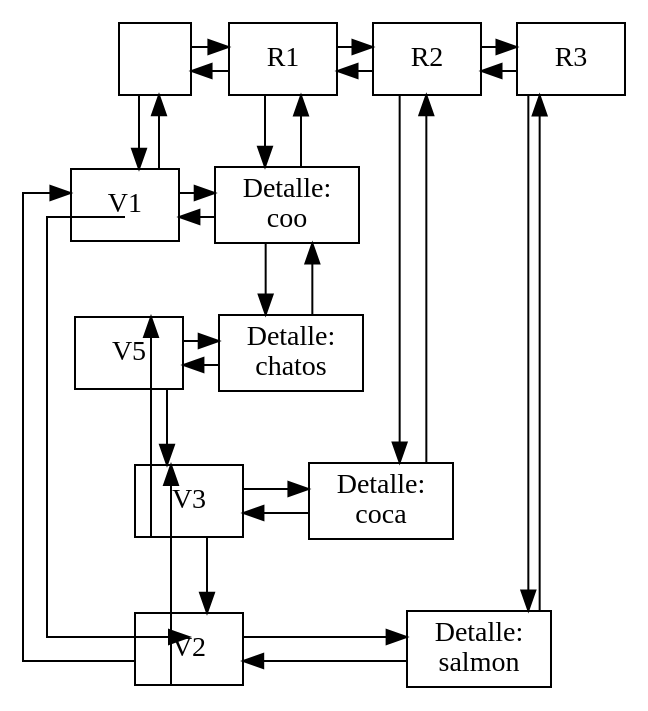
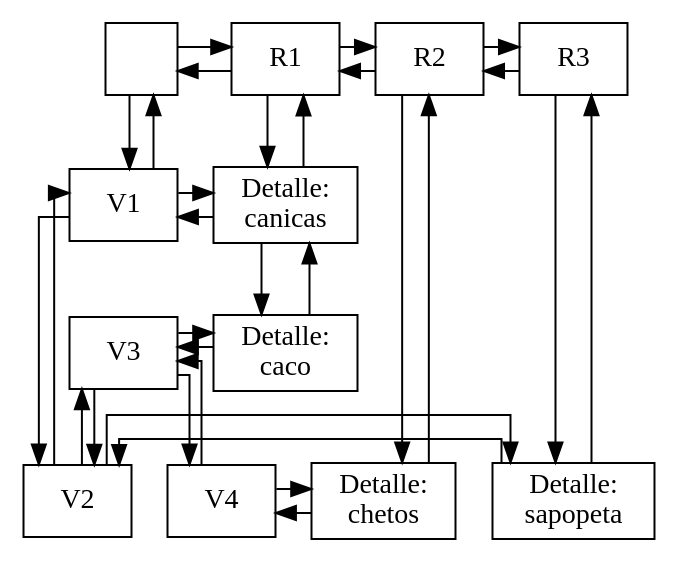
The diagram in Fase#1/Graficas/MatrizDispersa.dot (Farot30/-EDD-1S2025_202307820), drawn with Graphviz before and after one commit. The commit also changed 36 other files, not shown here.

```diff
--- a/Fase#1/Graficas/MatrizDispersa.dot
+++ b/Fase#1/Graficas/MatrizDispersa.dot
@@ -1,52 +1,52 @@
 digraph G {
 node [shape=box];
 rankdir=TB;
 splines=ortho;
 node0 [label="", width=0.5, height=0.5, shape=box];
 { rank=same; node0; nodeC1; nodeC2; nodeC3; }
 nodeC1 [label="R1"];
 nodeC2 [label="R2"];
 nodeC3 [label="R3"];
 node0 -> nodeC1 ;
 nodeC1 -> node0 ;
 nodeC1 -> nodeC2 ;
 nodeC2 -> nodeC1 ;
 nodeC2 -> nodeC3 ;
 nodeC3 -> nodeC2 ;
 nodeF1 [label="V1"];
 { rank=same; nodeF1; nodeF1_C1; }
-nodeF1_C1 [label="Detalle:\ncoo"];
+nodeF1_C1 [label="Detalle:\ncanicas"];
 nodeF2 [label="V2"];
-nodeF1:s -> nodeF2:n ;
+nodeF1 -> nodeF2;
 nodeF2 -> nodeF1 ;
 { rank=same; nodeF2; nodeF2_C3; }
-nodeF2_C3 [label="Detalle:\nsalmon"];
+nodeF2_C3 [label="Detalle:\nsapopeta"];
 nodeF3 [label="V3"];
-nodeF2:s -> nodeF3:n ;
+nodeF2 -> nodeF3;
 nodeF3 -> nodeF2 ;
-{ rank=same; nodeF3; nodeF3_C2; }
-nodeF3_C2 [label="Detalle:\ncoca"];
-nodeF4 [label="V5"];
-nodeF3:s -> nodeF4:n ;
+{ rank=same; nodeF3; nodeF3_C1; }
+nodeF3_C1 [label="Detalle:\ncaco"];
+nodeF4 [label="V4"];
+nodeF3 -> nodeF4;
 nodeF4 -> nodeF3 ;
-{ rank=same; nodeF4; nodeF4_C1; }
-nodeF4_C1 [label="Detalle:\nchatos"];
+{ rank=same; nodeF4; nodeF4_C2; }
+nodeF4_C2 [label="Detalle:\nchetos"];
 node0 -> nodeF1 ;
 nodeF1 -> node0 ;
 nodeF1 -> nodeF1_C1 ;
 nodeF1_C1 -> nodeF1 ;
 nodeF2 -> nodeF2_C3 ;
 nodeF2_C3 -> nodeF2 ;
-nodeF3 -> nodeF3_C2 ;
-nodeF3_C2 -> nodeF3 ;
-nodeF4 -> nodeF4_C1 ;
-nodeF4_C1 -> nodeF4 ;
+nodeF3 -> nodeF3_C1 ;
+nodeF3_C1 -> nodeF3 ;
+nodeF4 -> nodeF4_C2 ;
+nodeF4_C2 -> nodeF4 ;
 nodeC1 -> nodeF1_C1 ;
 nodeF1_C1 -> nodeC1 ;
-nodeF1_C1 -> nodeF4_C1 ;
-nodeF4_C1 -> nodeF1_C1 ;
-nodeC2 -> nodeF3_C2 ;
-nodeF3_C2 -> nodeC2 ;
+nodeF1_C1 -> nodeF3_C1 ;
+nodeF3_C1 -> nodeF1_C1 ;
+nodeC2 -> nodeF4_C2 ;
+nodeF4_C2 -> nodeC2 ;
 nodeC3 -> nodeF2_C3 ;
 nodeF2_C3 -> nodeC3 ;
 }
```
